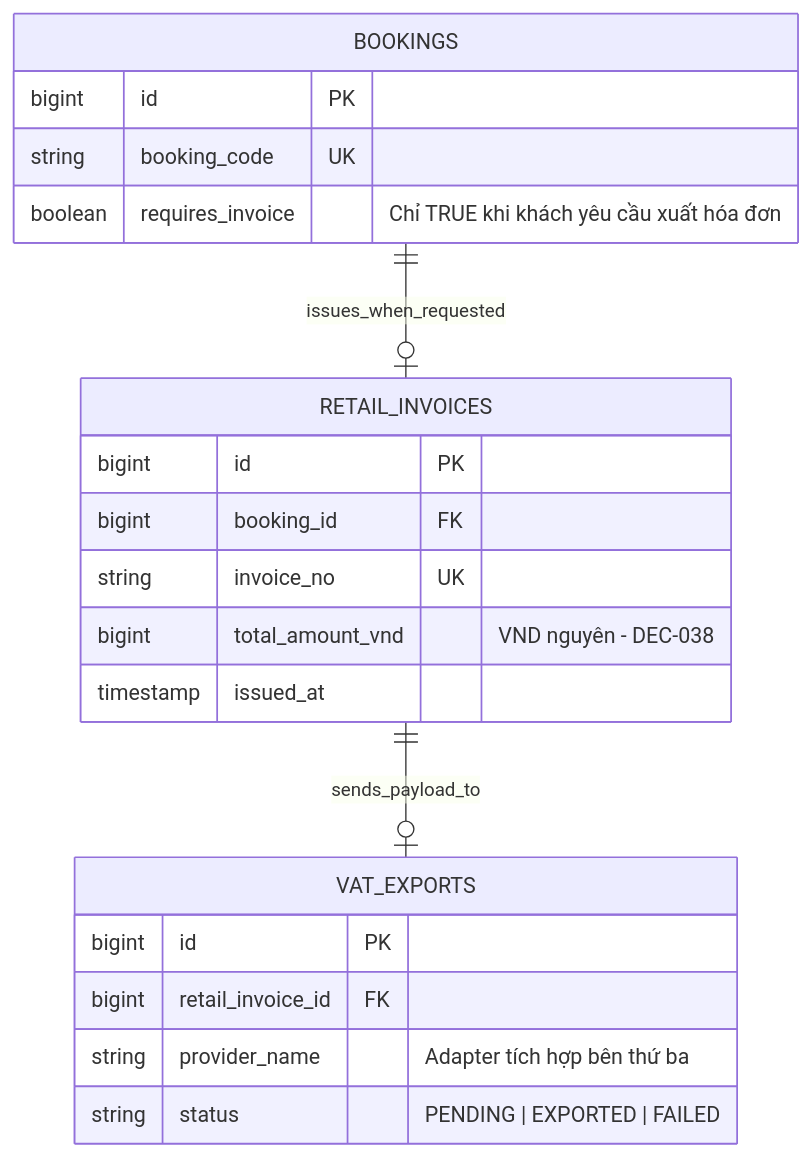
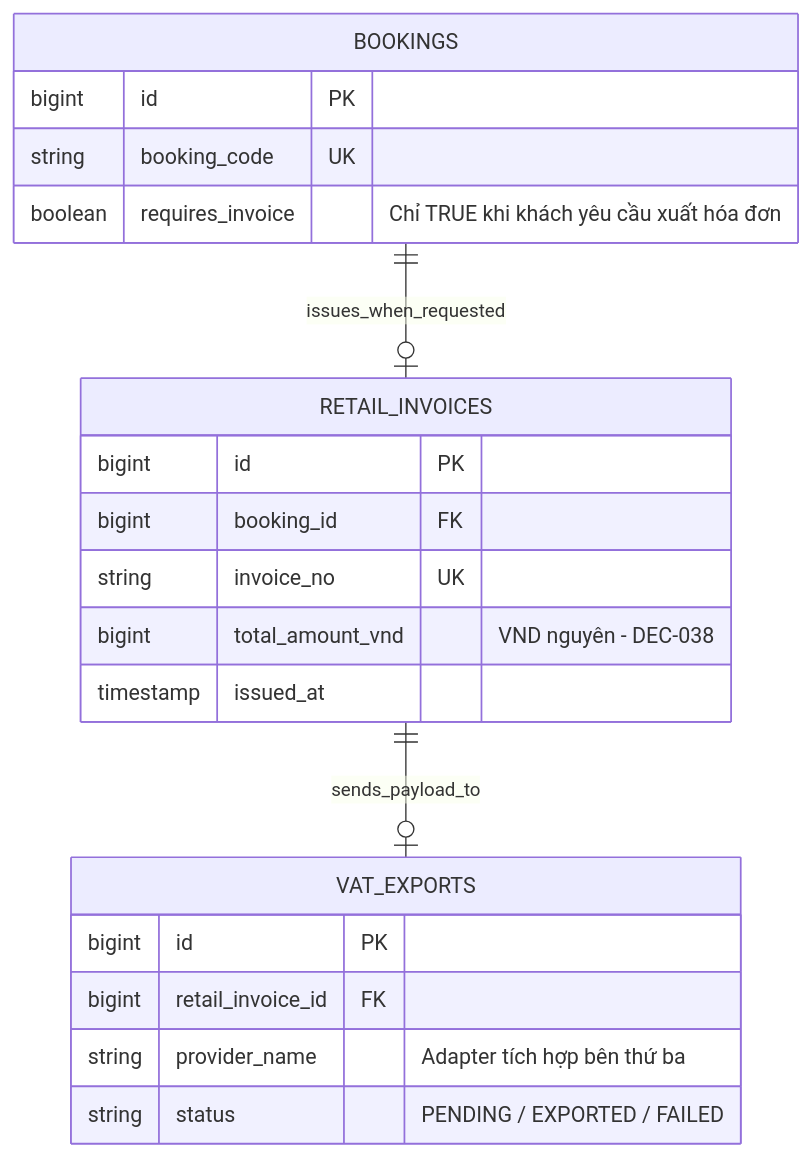
The diagram in content/docs/chuong-04-thanh-toan-ve-dien-tu-va-qr-checkin/04-xuat-hoa-don-ban-le-va-data-vat.mdx (tomone2kd000-ux/superdong-booking-system), drawn with Mermaid before and after one commit. The commit also changed 17 other files, not shown here.

Commit message:
fix: resolve Mermaid erDiagram syntax warnings across all MDX files

````diff
--- a/content/docs/chuong-04-thanh-toan-ve-dien-tu-va-qr-checkin/04-xuat-hoa-don-ban-le-va-data-vat.mdx
+++ b/content/docs/chuong-04-thanh-toan-ve-dien-tu-va-qr-checkin/04-xuat-hoa-don-ban-le-va-data-vat.mdx
@@ -32,26 +32,26 @@
 ```mermaid
 erDiagram
     BOOKINGS ||--o| RETAIL_INVOICES : issues_when_requested
     RETAIL_INVOICES ||--o| VAT_EXPORTS : sends_payload_to
 
     BOOKINGS {
         bigint id PK
         string booking_code UK
         boolean requires_invoice "Chỉ TRUE khi khách yêu cầu xuất hóa đơn"
     }
 
     RETAIL_INVOICES {
         bigint id PK
         bigint booking_id FK
         string invoice_no UK
         bigint total_amount_vnd "VND nguyên - DEC-038"
         timestamp issued_at
     }
 
     VAT_EXPORTS {
         bigint id PK
         bigint retail_invoice_id FK
         string provider_name "Adapter tích hợp bên thứ ba"
-        string status "PENDING | EXPORTED | FAILED"
+        string status "PENDING / EXPORTED / FAILED"
     }
 ```
````
